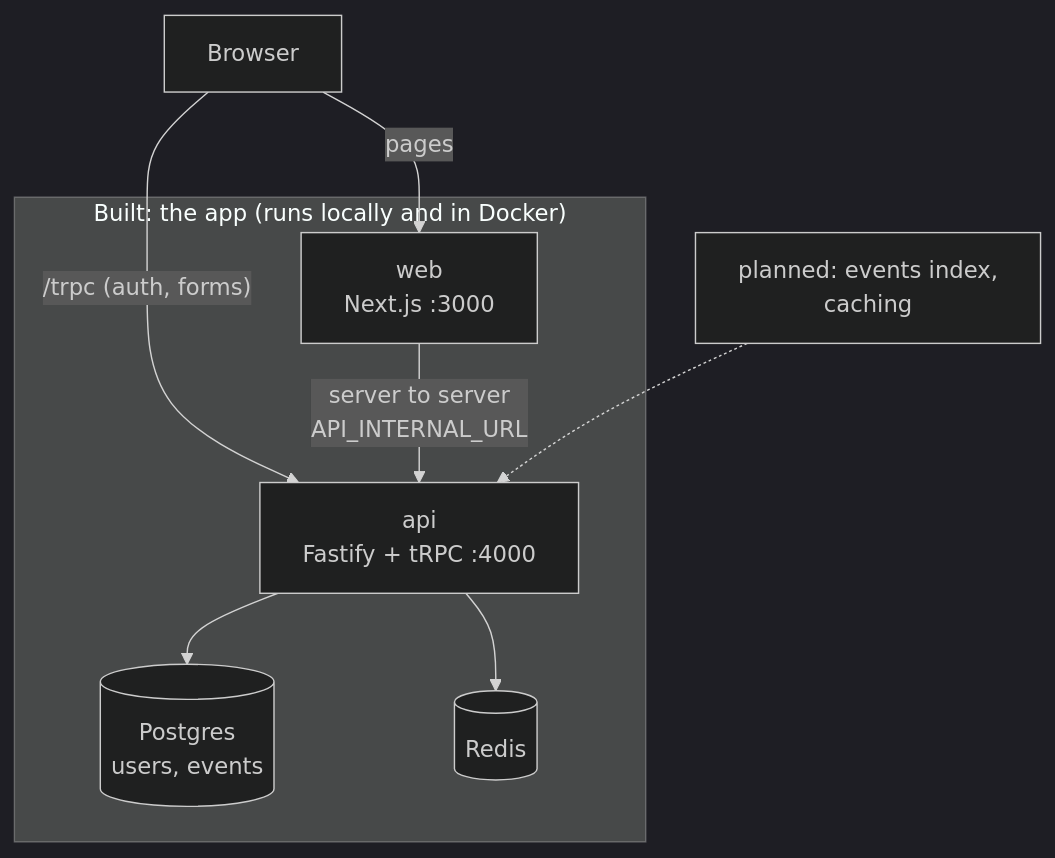
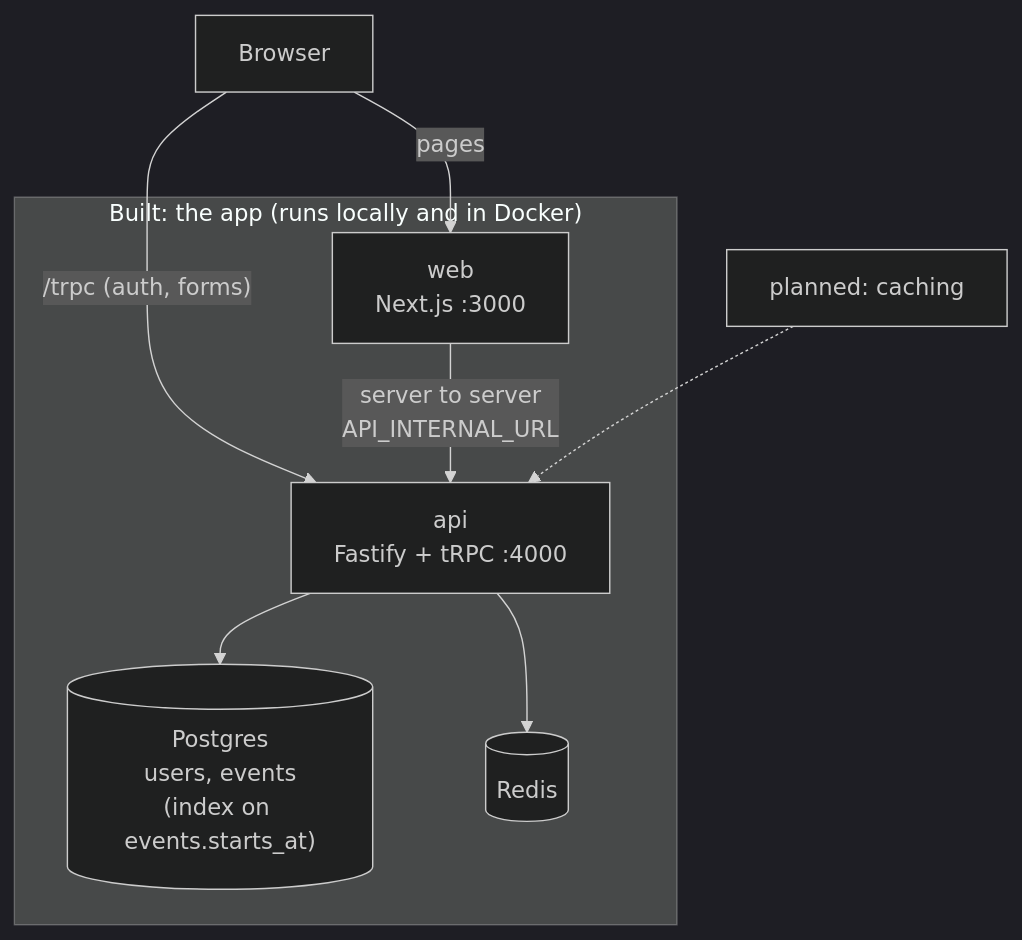
The first of 3 diagrams in docs/00-architecture.md (maheshnd/minitickets), drawn with Mermaid (dark theme) before and after one commit. The commit also changed other lines of this file and 13 other files, not shown here.

Commit message:
feat(events): index on events.starts_at, EXPLAIN ANALYZE explained

````diff
--- a/docs/00-architecture.md
+++ b/docs/00-architecture.md
@@ -14,17 +14,17 @@
 ```mermaid
 flowchart TB
     browser["Browser"]
     subgraph local["Built: the app (runs locally and in Docker)"]
         web["web<br/>Next.js :3000"]
         api["api<br/>Fastify + tRPC :4000"]
-        pg[("Postgres<br/>users, events")]
+        pg[("Postgres<br/>users, events<br/>(index on events.starts_at)")]
         redis[("Redis")]
     end
-    planned["planned: events index,<br/>caching"]
+    planned["planned: caching"]
     browser -->|"pages"| web
     browser -->|"/trpc (auth, forms)"| api
     web -->|"server to server<br/>API_INTERNAL_URL"| api
     api --> pg
     api --> redis
     planned -.-> api
 ```
````
